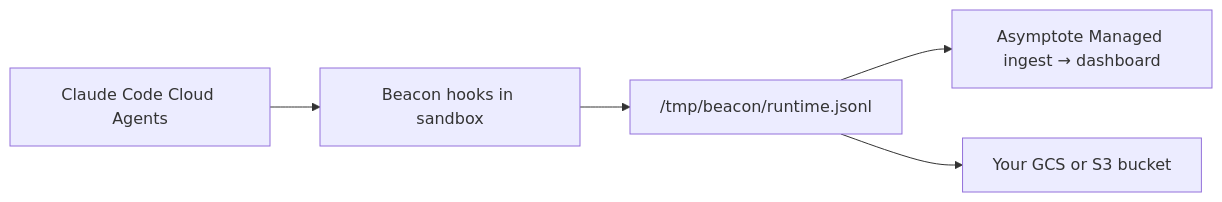
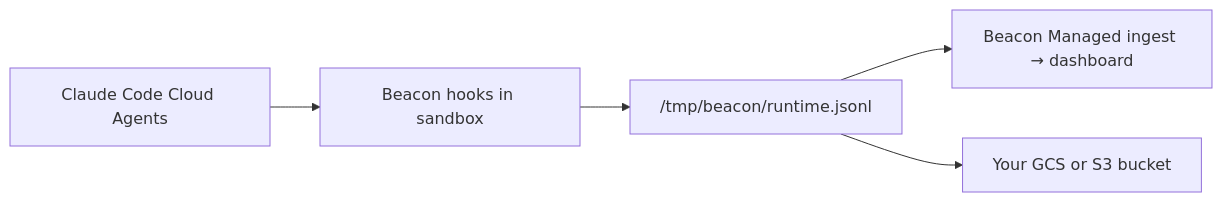
The diagram in docs/runtimes/claude-code-cloud-agents.mdx (Asymptote-Labs/agent-beacon), drawn with Mermaid before and after one commit. The commit also changed other lines of this file and 115 other files, not shown here.

````diff
--- a/docs/runtimes/claude-code-cloud-agents.mdx
+++ b/docs/runtimes/claude-code-cloud-agents.mdx
@@ -37,7 +28,7 @@
 ```mermaid
 flowchart LR
   ClaudeWeb["Claude Code Cloud Agents"] --> Hooks["Beacon hooks in sandbox"]
   Hooks --> RuntimeLog["/tmp/beacon/runtime.jsonl"]
-  RuntimeLog --> Managed["Asymptote Managed ingest → dashboard"]
+  RuntimeLog --> Managed["Beacon Managed ingest → dashboard"]
   RuntimeLog --> Storage["Your GCS or S3 bucket"]
 ```
````
